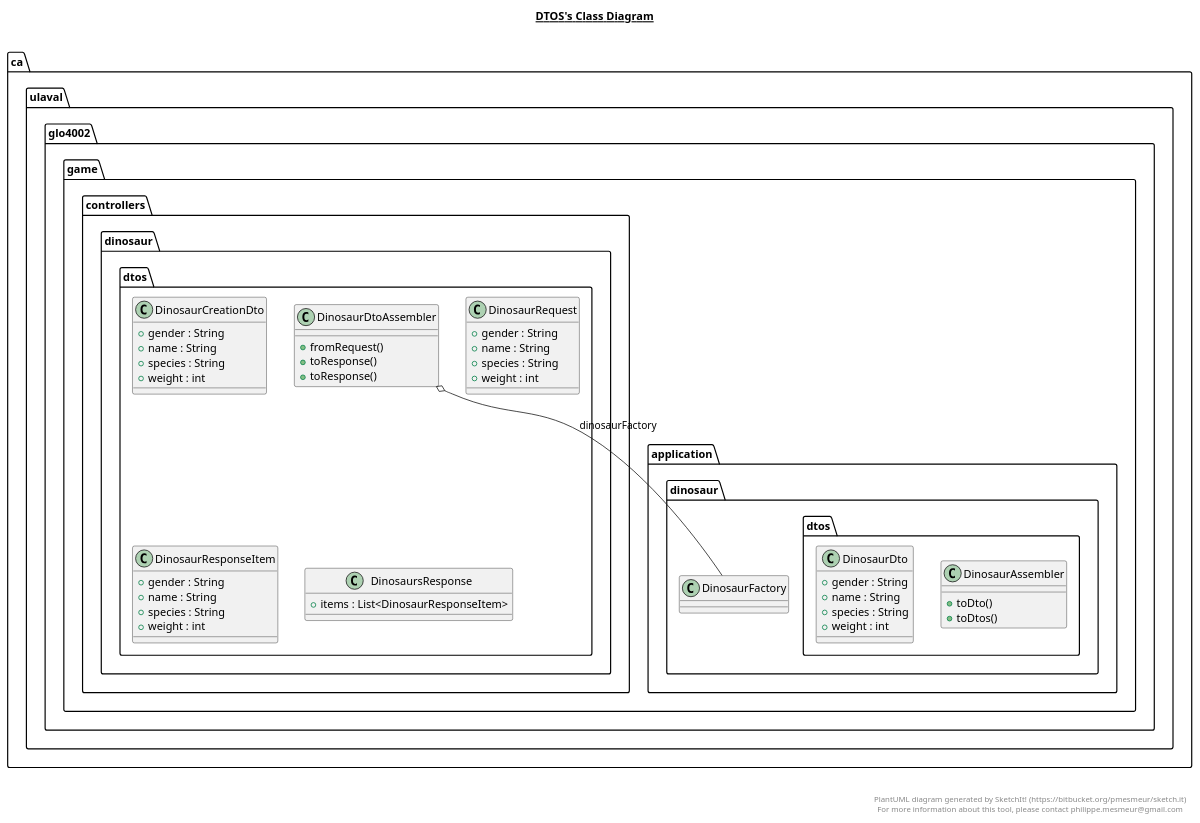
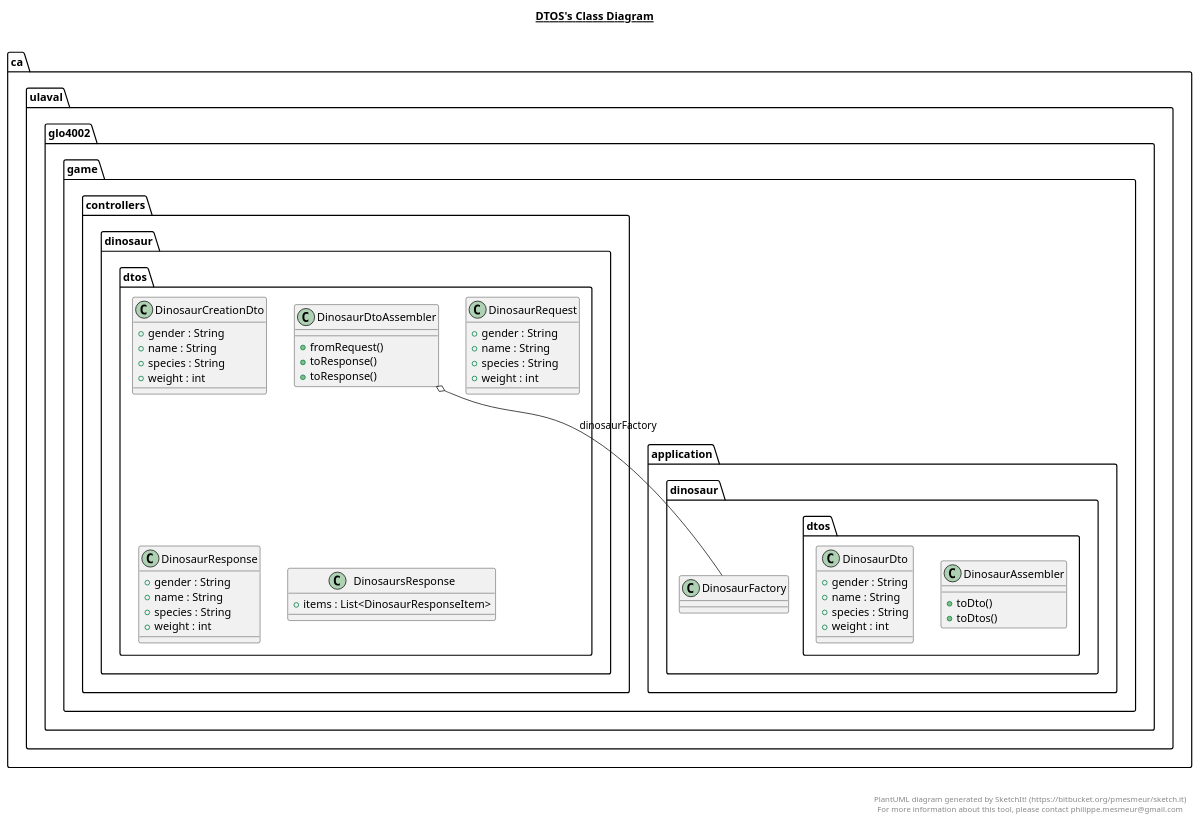
One commit to MALEC321/MEP7 changed the diagram in game-api/src/main/java/ca/ulaval/glo4002/game/controllers/dinosaur/dtos/dtos.plantuml. Above: the diagram before and after it, drawn with PlantUML. The commit also changed 7 other files, not shown here.

```diff
--- a/game-api/src/main/java/ca/ulaval/glo4002/game/controllers/dinosaur/dtos/dtos.plantuml
+++ b/game-api/src/main/java/ca/ulaval/glo4002/game/controllers/dinosaur/dtos/dtos.plantuml
@@ -1,106 +1,106 @@
 @startuml
 
 title __DTOS's Class Diagram__\n
 
     namespace ca.ulaval.glo4002.game {
       namespace controllers.dinosaur {
         namespace dtos {
           class ca.ulaval.glo4002.game.application.dinosaur.dtos.DinosaurAssembler {
               + toDto()
               + toDtos()
           }
         }
       }
     }
   
 
     namespace ca.ulaval.glo4002.game {
       namespace controllers.dinosaur {
         namespace dtos {
           class ca.ulaval.glo4002.game.controllers.dinosaur.dtos.DinosaurCreationDto {
               + gender : String
               + name : String
               + species : String
               + weight : int
           }
         }
       }
     }
   
 
     namespace ca.ulaval.glo4002.game {
       namespace controllers.dinosaur {
         namespace dtos {
           class ca.ulaval.glo4002.game.application.dinosaur.dtos.DinosaurDto {
               + gender : String
               + name : String
               + species : String
               + weight : int
           }
         }
       }
     }
   
 
     namespace ca.ulaval.glo4002.game {
       namespace controllers.dinosaur {
         namespace dtos {
           class ca.ulaval.glo4002.game.controllers.dinosaur.dtos.DinosaurDtoAssembler {
               + fromRequest()
               + toResponse()
               + toResponse()
           }
         }
       }
     }
   
 
     namespace ca.ulaval.glo4002.game {
       namespace controllers.dinosaur {
         namespace dtos {
           class ca.ulaval.glo4002.game.controllers.dinosaur.dtos.DinosaurRequest {
               + gender : String
               + name : String
               + species : String
               + weight : int
           }
         }
       }
     }
 
     namespace ca.ulaval.glo4002.game {
       namespace controllers.dinosaur {
         namespace dtos {
-          class ca.ulaval.glo4002.game.controllers.dinosaur.dtos.DinosaurResponseItem {
+          class ca.ulaval.glo4002.game.controllers.dinosaur.dtos.DinosaurResponse {
               + gender : String
               + name : String
               + species : String
               + weight : int
           }
         }
       }
     }
   
 
     namespace ca.ulaval.glo4002.game {
       namespace controllers.dinosaur {
         namespace dtos {
           class ca.ulaval.glo4002.game.controllers.dinosaur.dtos.DinosaursResponse {
               + items : List<DinosaurResponseItem>
           }
         }
       }
     }
   
 
   ca.ulaval.glo4002.game.controllers.dinosaur.dtos.DinosaurDtoAssembler o-- ca.ulaval.glo4002.game.application.dinosaur.DinosaurFactory : dinosaurFactory
 
 
 right footer
 
 
 PlantUML diagram generated by SketchIt! (https://bitbucket.org/pmesmeur/sketch.it)
 For more information about this tool, please contact philippe.mesmeur@gmail.com
 endfooter
 
 @enduml
```
